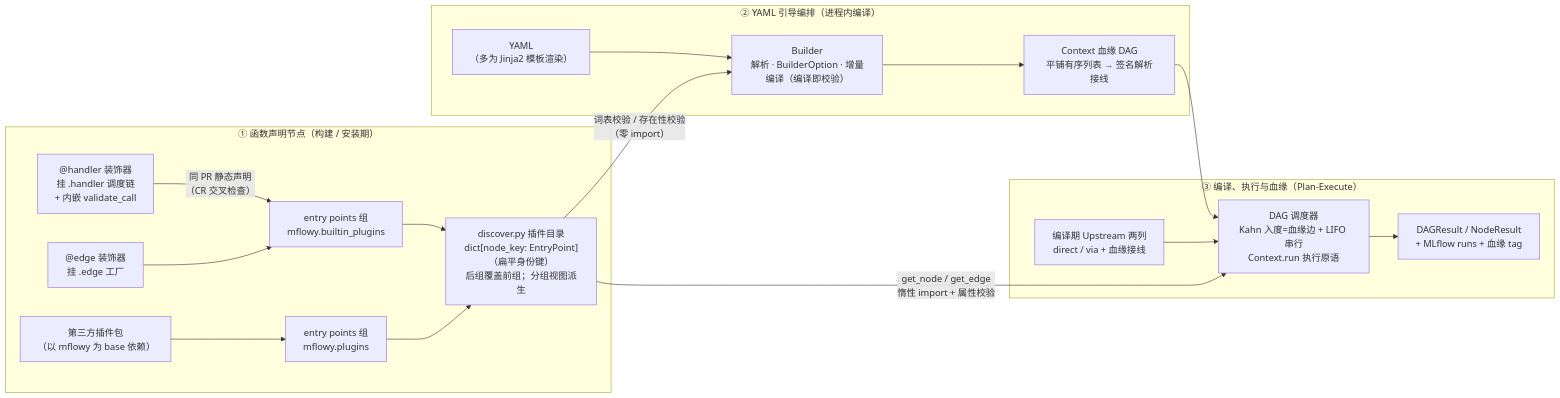
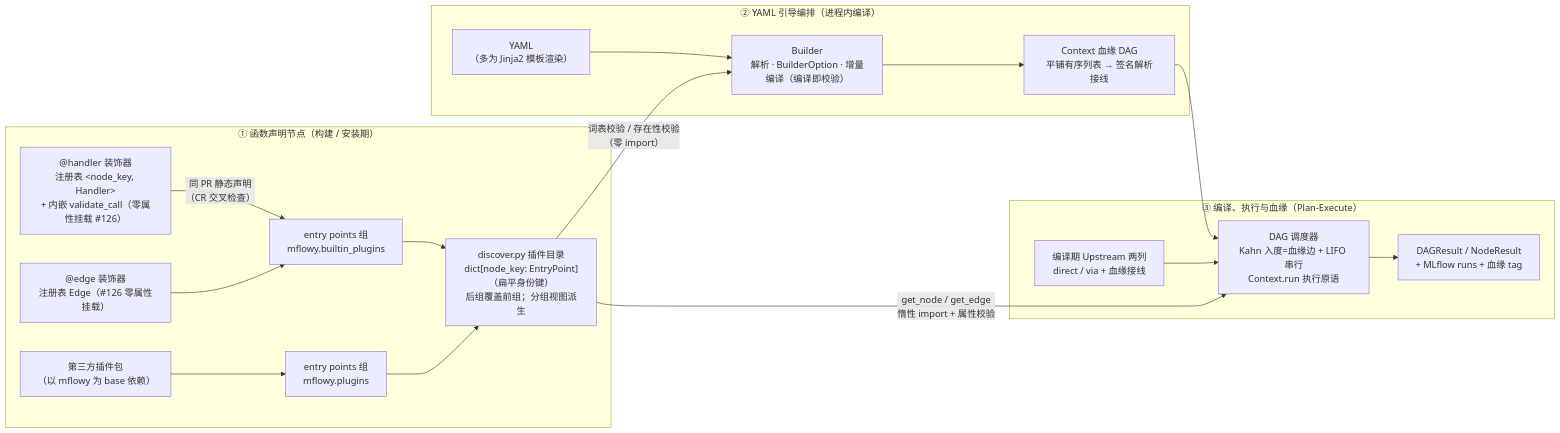
Before and after one commit to ifoodsci-ai/mflowy: the first of 2 diagrams in packages/driver/README.md, drawn with Mermaid. The commit also changed other lines of this file and 26 other files, not shown here.

Commit message:
refactor(#126): Handler/edge 契约升级 Protocol + 注册表——装饰器零属性挂载，fn 直调不变（BREAKING·SDK 面）

````diff
--- a/packages/driver/README.md
+++ b/packages/driver/README.md
@@ -48,24 +48,24 @@
 ```mermaid
 flowchart LR
     subgraph declare["① 函数声明节点（构建 / 安装期）"]
-        H["@handler 装饰器<br/>挂 .handler 调度链<br/>+ 内嵌 validate_call"] -- "同 PR 静态声明<br/>（CR 交叉检查）" --> EP1["entry points 组<br/>mflowy.builtin_plugins"]
-        E["@edge 装饰器<br/>挂 .edge 工厂"] --> EP1
+        H["@handler 装饰器<br/>注册表 &lt;node_key, Handler&gt;<br/>+ 内嵌 validate_call（零属性挂载 #126）"] -- "同 PR 静态声明<br/>（CR 交叉检查）" --> EP1["entry points 组<br/>mflowy.builtin_plugins"]
+        E["@edge 装饰器<br/>注册表 Edge（#126 零属性挂载）"] --> EP1
         THIRD["第三方插件包<br/>（以 mflowy 为 base 依赖）"] --> EP2["entry points 组<br/>mflowy.plugins"]
         EP1 --> DISC["discover.py 插件目录<br/>dict[node_key: EntryPoint]（扁平身份键）<br/>后组覆盖前组；分组视图派生"]
         EP2 --> DISC
     end
 
     subgraph compose["② YAML 引导编排（进程内编译）"]
         YAML["YAML<br/>（多为 Jinja2 模板渲染）"] --> B["Builder<br/>解析 · BuilderOption · 增量编译（编译即校验）"]
         B --> DAG["Context 血缘 DAG<br/>平铺有序列表 → 签名解析接线"]
     end
 
     subgraph runtime["③ 编译、执行与血缘（Plan-Execute）"]
         P["编译期 Upstream 两列<br/>direct / via + 血缘接线"] --> W["DAG 调度器<br/>Kahn 入度=血缘边 + LIFO 串行<br/>Context.run 执行原语"]
         W --> RES["DAGResult / NodeResult<br/>+ MLflow runs + 血缘 tag"]
     end
 
     DISC -->|"词表校验 / 存在性校验<br/>（零 import）"| B
     DISC -->|"get_node / get_edge<br/>惰性 import + 属性校验"| W
     DAG --> W
 ```
````
